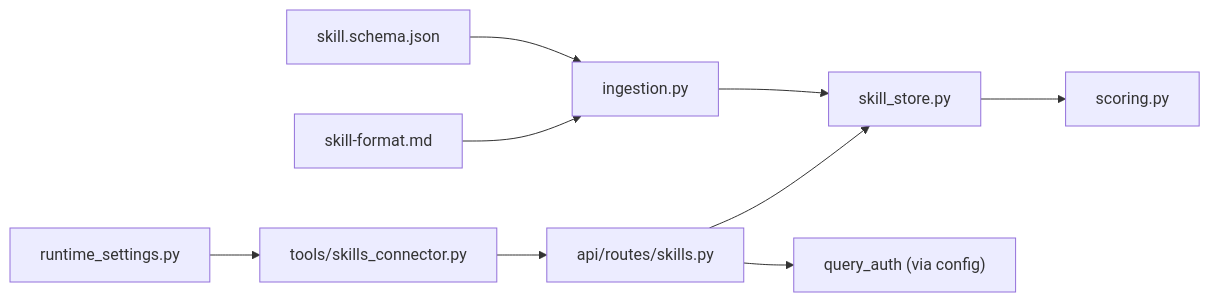
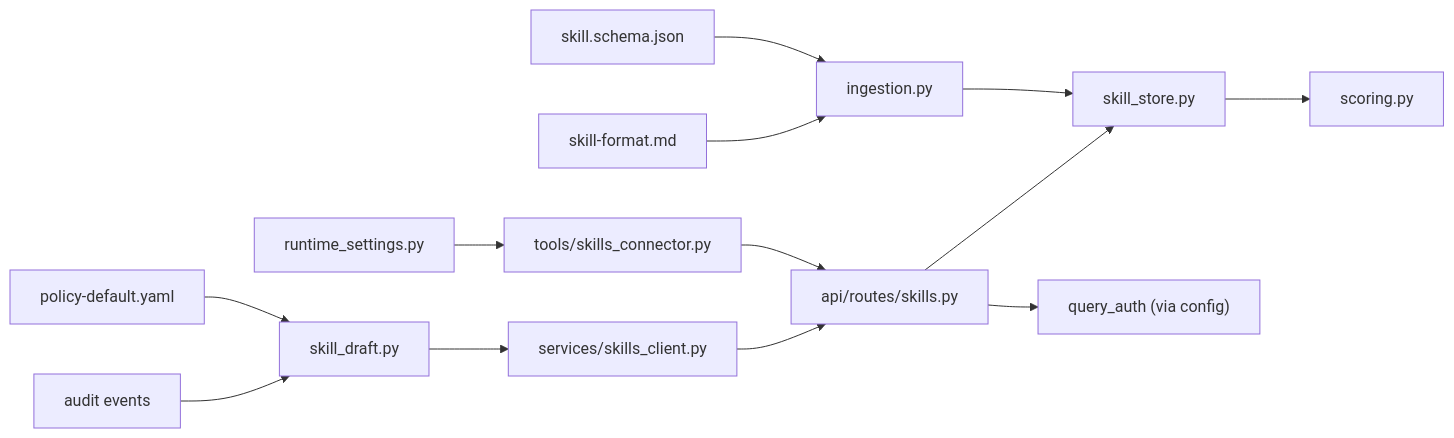
One commit to metasync/luban-aiops changed the tenth of 10 diagrams in .qoder/repowiki/en/content/Architecture Documentation/SPEC-014_ Skills and Grounded Guidance Specification.md. Above: the diagram before and after it, drawn with Mermaid. The commit also changed other lines of this file and 10 other files, not shown here.

````diff
--- a/.qoder/repowiki/en/content/Architecture Documentation/SPEC-014_ Skills and Grounded Guidance Specification.md
+++ b/.qoder/repowiki/en/content/Architecture Documentation/SPEC-014_ Skills and Grounded Guidance Specification.md
@@ -399,11 +524,15 @@
 ```mermaid
 graph LR
 SCHEMA["skill.schema.json"] --> INGEST["ingestion.py"]
 FORMAT["skill-format.md"] --> INGEST
 INGEST --> STORE["skill_store.py"]
 STORE --> SCORE["scoring.py"]
 ROUTE["api/routes/skills.py"] --> STORE
 ROUTE --> AUTH["query_auth (via config)"]
 CONNECTOR["tools/skills_connector.py"] --> ROUTE
 AGENT["runtime_settings.py"] --> CONNECTOR
+SKILLS_CLIENT["services/skills_client.py"] --> ROUTE
+EXPORT["skill_draft.py"] --> SKILLS_CLIENT
+POLICY["policy-default.yaml"] --> EXPORT
+AUDIT["audit events"] --> EXPORT
 ```
````
